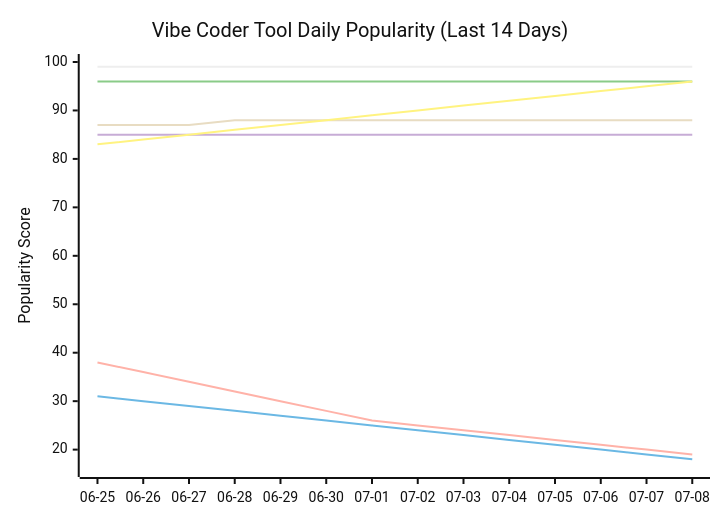
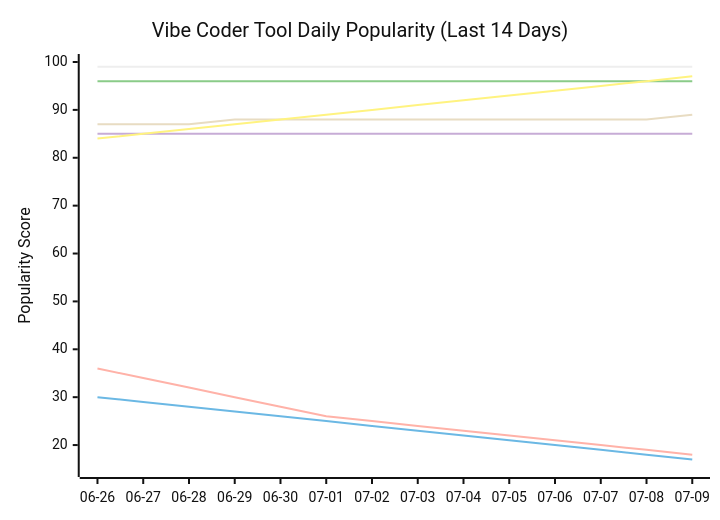
The seventh of 11 diagrams in README.md (tykimos/ai-whatchelin), drawn with Mermaid (neutral theme) before and after one commit. The commit also changed other lines of this file and 4 other files, not shown here.

````diff
--- a/README.md
+++ b/README.md
@@ -1918,13 +1925,13 @@
 ```mermaid
 xychart-beta
     title "Vibe Coder Tool Daily Popularity (Last 14 Days)"
-    x-axis ["06-25", "06-26", "06-27", "06-28", "06-29", "06-30", "07-01", "07-02", "07-03", "07-04", "07-05", "07-06", "07-07", "07-08"]
-    y-axis "Popularity Score" 16 --> 100
+    x-axis ["06-26", "06-27", "06-28", "06-29", "06-30", "07-01", "07-02", "07-03", "07-04", "07-05", "07-06", "07-07", "07-08", "07-09"]
+    y-axis "Popularity Score" 15 --> 100
     line "Claude Code" [99, 99, 99, 99, 99, 99, 99, 99, 99, 99, 99, 99, 99, 99]
-    line "GH Copilot" [31, 30, 29, 28, 27, 26, 25, 24, 23, 22, 21, 20, 19, 18]
+    line "GH Copilot" [30, 29, 28, 27, 26, 25, 24, 23, 22, 21, 20, 19, 18, 17]
     line "Cursor" [96, 96, 96, 96, 96, 96, 96, 96, 96, 96, 96, 96, 96, 96]
     line "Windsurf" [85, 85, 85, 85, 85, 85, 85, 85, 85, 85, 85, 85, 85, 85]
-    line "Codex CLI" [87, 87, 87, 88, 88, 88, 88, 88, 88, 88, 88, 88, 88, 88]
-    line "Gemini CLI" [38, 36, 34, 32, 30, 28, 26, 25, 24, 23, 22, 21, 20, 19]
-    line "Antigravity" [83, 84, 85, 86, 87, 88, 89, 90, 91, 92, 93, 94, 95, 96]
+    line "Codex CLI" [87, 87, 87, 88, 88, 88, 88, 88, 88, 88, 88, 88, 88, 89]
+    line "Gemini CLI" [36, 34, 32, 30, 28, 26, 25, 24, 23, 22, 21, 20, 19, 18]
+    line "Antigravity" [84, 85, 86, 87, 88, 89, 90, 91, 92, 93, 94, 95, 96, 97]
 ```
````
